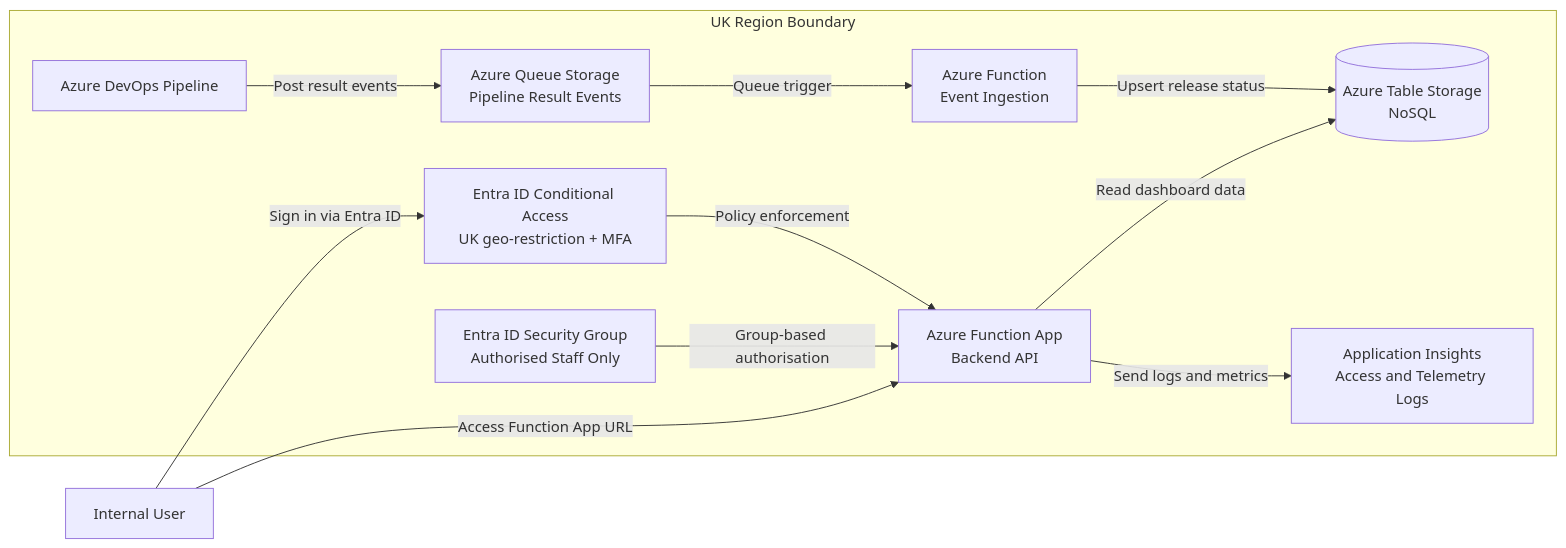
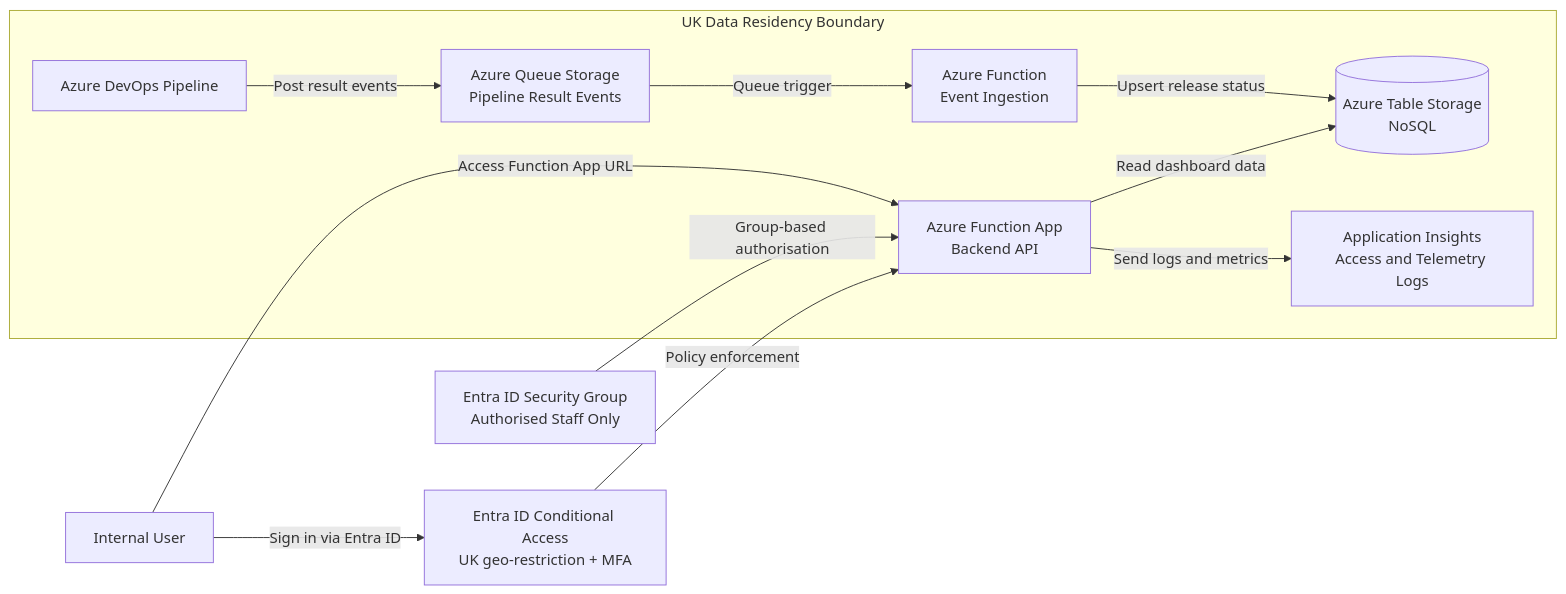
The diagram in mdbook/src/2_design_cloud_based_tool.md (robertsweetman/module_6), drawn with Mermaid before and after one commit. The commit also changed other lines of this file and 4 other files, not shown here.

````diff
--- a/mdbook/src/2_design_cloud_based_tool.md
+++ b/mdbook/src/2_design_cloud_based_tool.md
@@ -48,24 +48,26 @@
 ```mermaid
 flowchart LR
-    subgraph UK[UK Region Boundary]
+    subgraph UK[UK Data Residency Boundary]
         ADO[Azure DevOps Pipeline]
         Q[Azure Queue Storage<br/>Pipeline Result Events]
         ING[Azure Function<br/>Event Ingestion]
         DB[(Azure Table Storage<br/>NoSQL)]
         API[Azure Function App<br/>Backend API]
         AI[Application Insights<br/>Access and Telemetry Logs]
-        CA[Entra ID Conditional Access<br/>UK geo-restriction + MFA]
-        SG[Entra ID Security Group<br/>Authorised Staff Only]
 
         ADO -->|Post result events| Q
         Q -->|Queue trigger| ING
         ING -->|Upsert release status| DB
         API -->|Read dashboard data| DB
         API -->|Send logs and metrics| AI
-        CA -->|Policy enforcement| API
-        SG -->|Group-based authorisation| API
     end
+
+    CA[Entra ID Conditional Access<br/>UK geo-restriction + MFA]
+    SG[Entra ID Security Group<br/>Authorised Staff Only]
+
+    CA -->|Policy enforcement| API
+    SG -->|Group-based authorisation| API
 
     U[Internal User] -->|Sign in via Entra ID| CA
     U -->|Access Function App URL| API
 ```
````
